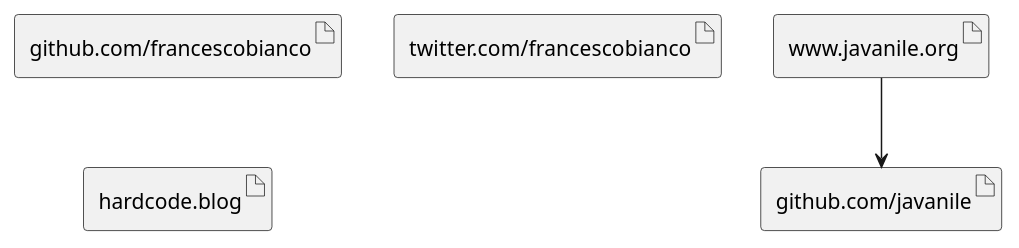
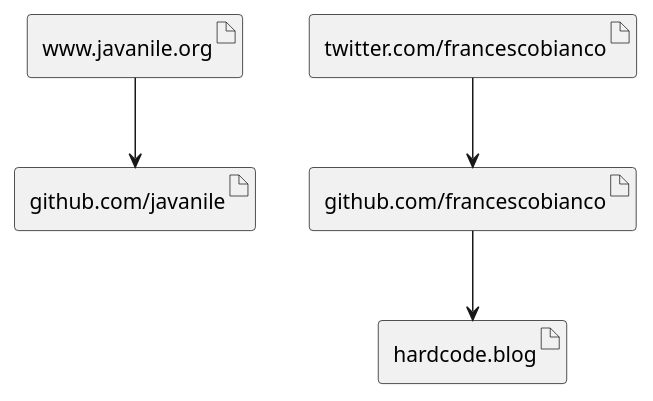
One commit to francescobianco/assets changed the diagram in docs/assets.puml. Above: the diagram before and after it, drawn with PlantUML.

```diff
--- a/docs/assets.puml
+++ b/docs/assets.puml
@@ -1,19 +1,22 @@
 @startuml
 skinparam backgroundcolor transparent
 
 '== Assets =='
 
 '-- Javanile --'
 artifact "www.javanile.org"
 artifact "github.com/javanile"
 
 '-- Francesco Bianco --'
 artifact "github.com/francescobianco"
 artifact "twitter.com/francescobianco"
 artifact "hardcode.blog"
 
 '== Connections =='
 
 [www.javanile.org] --> [github.com/javanile]
+[twitter.com/francescobianco] --> [github.com/francescobianco]
+
+[github.com/francescobianco] --> [hardcode.blog]
 
 @enduml
```
